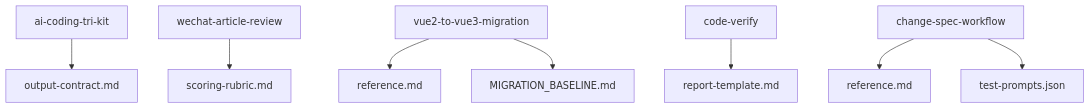
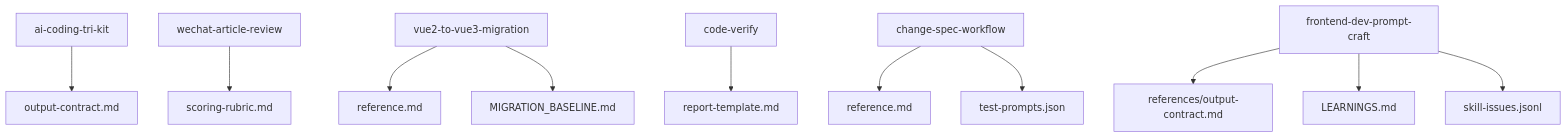
One commit to yangmeishux/frontend-team-marketplace changed the ninth of 9 diagrams in .qoder/repowiki/zh/content/现有技能示例/现有技能示例.md. Above: the diagram before and after it, drawn with Mermaid. The commit also changed other lines of this file and 6 other files, not shown here.

````diff
--- a/.qoder/repowiki/zh/content/现有技能示例/现有技能示例.md
+++ b/.qoder/repowiki/zh/content/现有技能示例/现有技能示例.md
@@ -327,10 +392,13 @@
 ```mermaid
 graph TB
 A["ai-coding-tri-kit"] --> OC["output-contract.md"]
 B["wechat-article-review"] --> SR["scoring-rubric.md"]
 C["vue2-to-vue3-migration"] --> REF["reference.md"]
 C --> BASE["MIGRATION_BASELINE.md"]
 D["code-verify"] --> RT["report-template.md"]
 E["change-spec-workflow"] --> RF["reference.md"]
 E --> TP["test-prompts.json"]
+F["frontend-dev-prompt-craft"] --> FO["references/output-contract.md"]
+F --> LT["LEARNINGS.md"]
+F --> SI["skill-issues.jsonl"]
 ```
````
